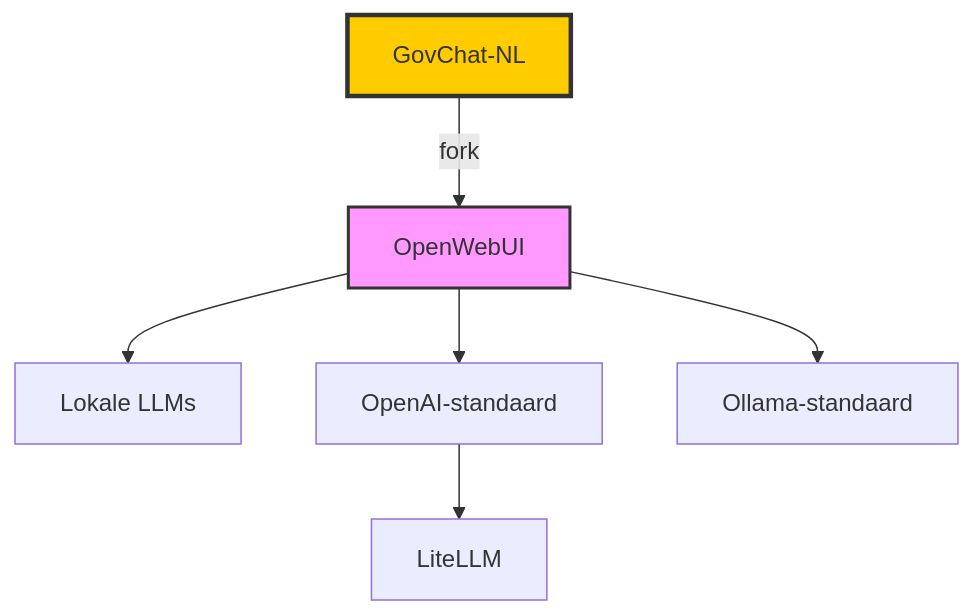
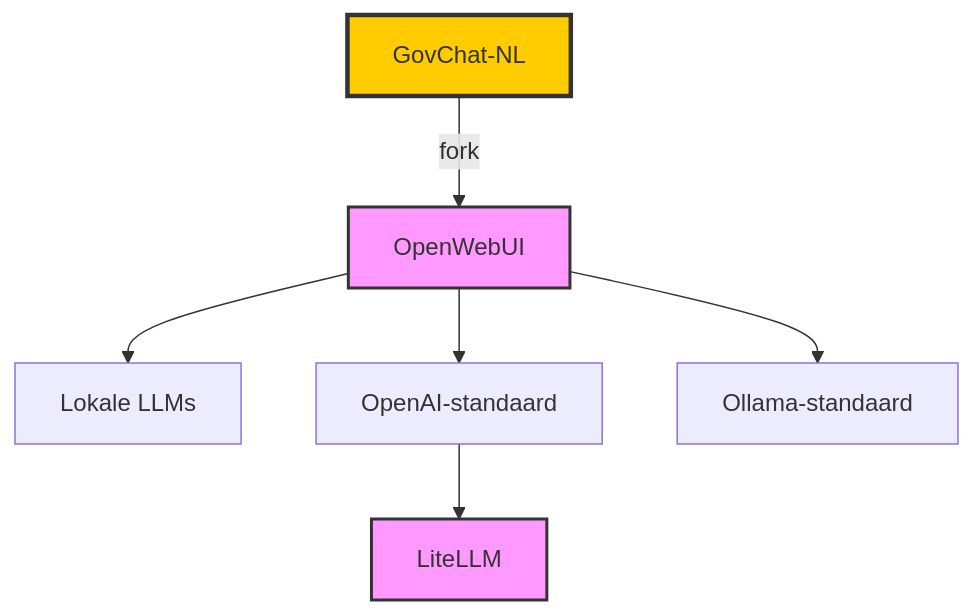
Before and after one commit to open-webui/open-webui: the diagram in README.md, drawn with Mermaid. The commit also changed other lines of this file, not shown here.

````diff
--- a/README.md
+++ b/README.md
@@ -64,31 +64,31 @@
 ```mermaid 
 
 flowchart TD 
 
     %% Hoofdcomponent 
 
     GovChatNL[GovChat-NL]:::main --> |fork| OpenWebUI:::repo; 
 
  
 
     %% Repositories met standaardstijl 
 
     OpenWebUI --> LokaleLLMs[Lokale LLMs]; 
 
     OpenWebUI --> OpenAI-standaard; 
 
     OpenWebUI --> Ollama-standaard; 
 
-    OpenAI-standaard --> LiteLLM; 
+    OpenAI-standaard --> LiteLLM:::repo; 
 
  
 
     %% Klassen voor stijl 
 
     classDef main fill:#ffcc00,stroke:#333,stroke-width:3px,rounded-corners, font-size:16px; 
 
     classDef repo fill:#f9f,stroke:#333,stroke-width:2px,rounded-corners; 
 
  
 
 ``` 
````
